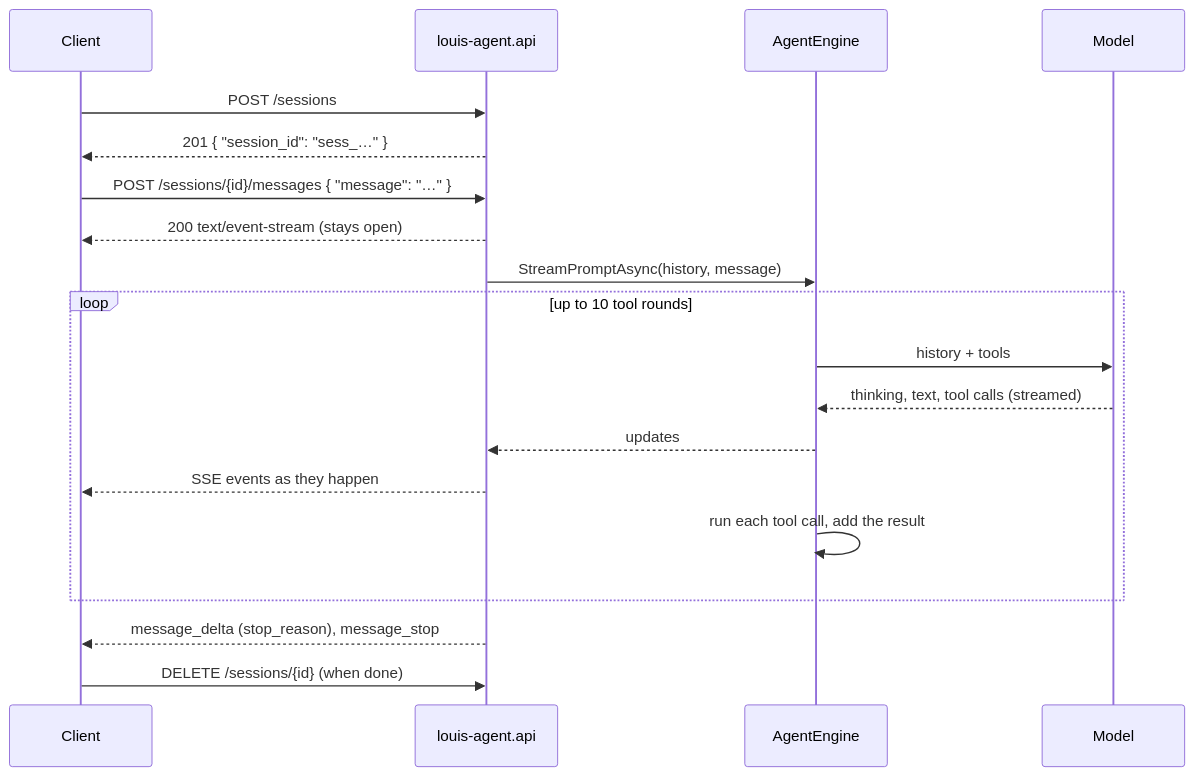
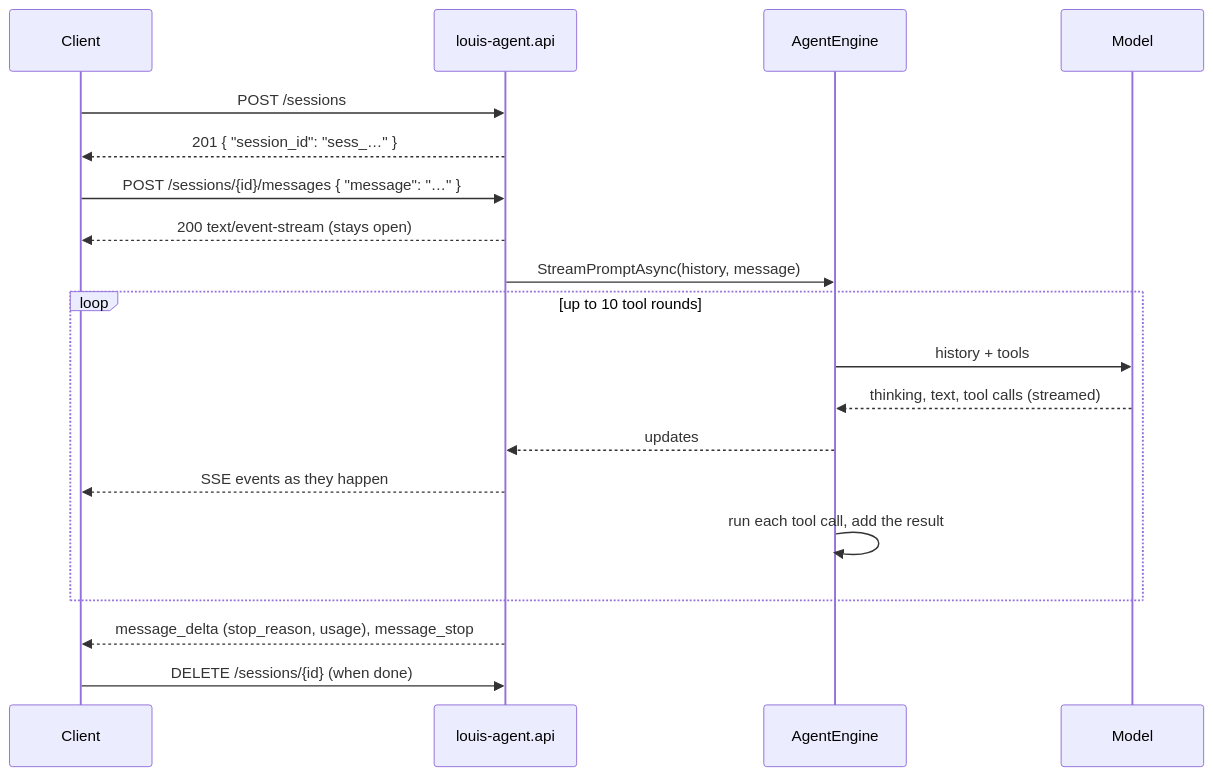
One commit to bosbevk/louis-agent changed the second of 3 diagrams in docs/AGENT_COMMUNICATION.md. Above: the diagram before and after it, drawn with Mermaid. The commit also changed other lines of this file and 22 other files, not shown here.

````diff
--- a/docs/AGENT_COMMUNICATION.md
+++ b/docs/AGENT_COMMUNICATION.md
@@ -92,22 +92,22 @@
 ```mermaid
 sequenceDiagram
     participant C as Client
     participant A as louis-agent.api
     participant E as AgentEngine
     participant M as Model
 
     C->>A: POST /sessions
     A-->>C: 201 { "session_id": "sess_…" }
     C->>A: POST /sessions/{id}/messages { "message": "…" }
     A-->>C: 200 text/event-stream (stays open)
     A->>E: StreamPromptAsync(history, message)
     loop up to 10 tool rounds
         E->>M: history + tools
         M-->>E: thinking, text, tool calls (streamed)
         E-->>A: updates
         A-->>C: SSE events as they happen
         E->>E: run each tool call, add the result
     end
-    A-->>C: message_delta (stop_reason), message_stop
+    A-->>C: message_delta (stop_reason, usage), message_stop
     C->>A: DELETE /sessions/{id} (when done)
 ```
````
